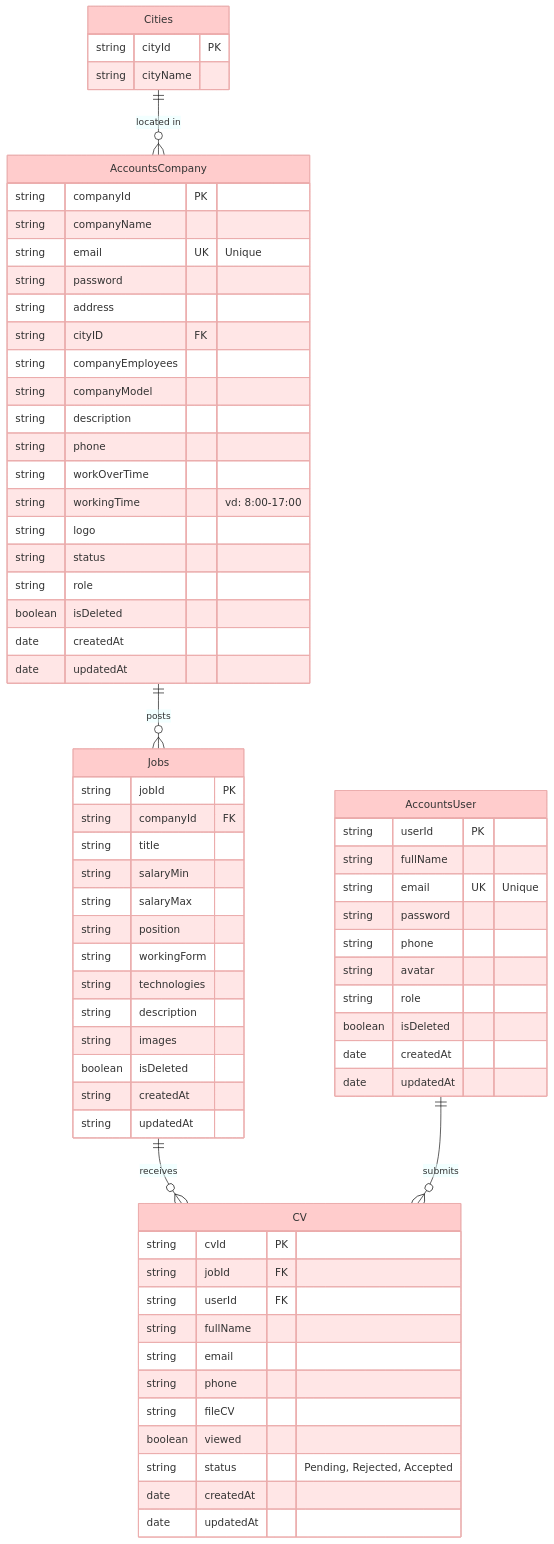
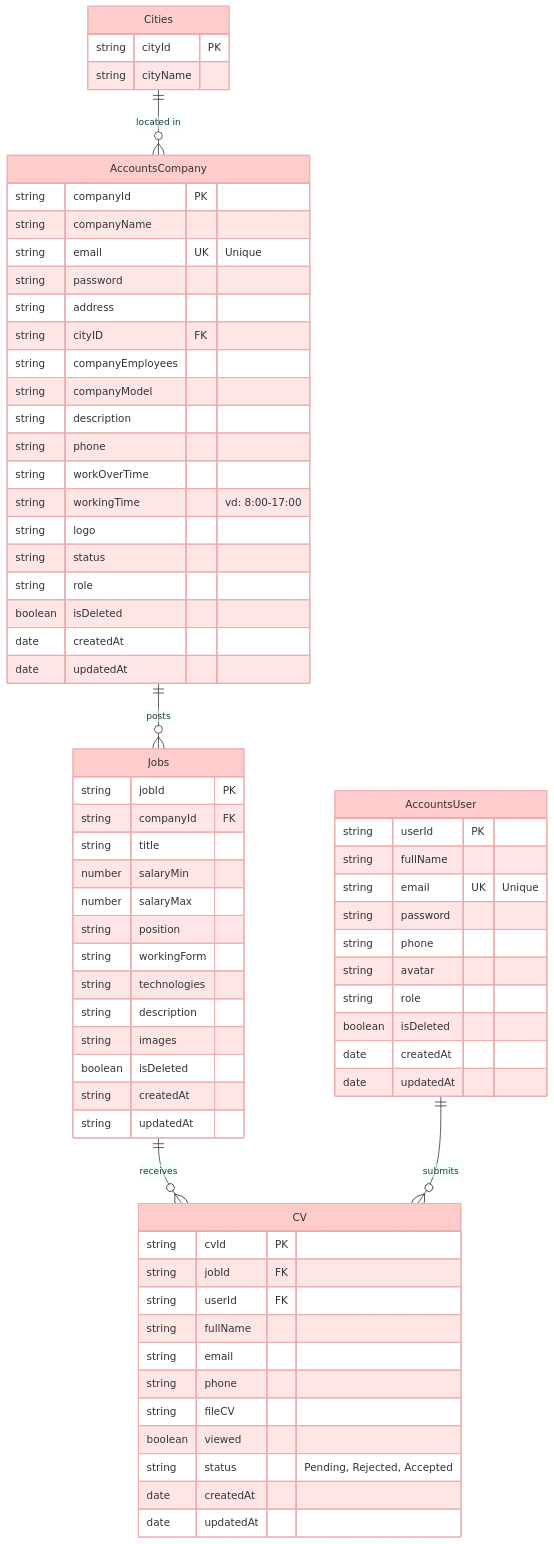
One commit to ngokwuan/TechJob_BE changed the diagram in docs/db-des/erd.md. Above: the diagram before and after it, drawn with Mermaid. The commit also changed 6 other files, not shown here.

````diff
--- a/docs/db-des/erd.md
+++ b/docs/db-des/erd.md
@@ -1,77 +1,77 @@
 ```mermaid
 %%{init: {'theme':'base', 'themeVariables': { 'primaryColor':'#ffcccc'}, 'er': {'layoutDirection': 'LR'}}}%%
 erDiagram
     Cities ||--o{ AccountsCompany : "located in"
     AccountsCompany ||--o{ Jobs : "posts"
     Jobs ||--o{ CV : "receives"
 AccountsUser ||--o{ CV : "submits"
     AccountsCompany {
        string companyId PK
        string companyName
        string email UK "Unique"
        string password
        string address
        string cityID FK
        string companyEmployees
        string companyModel
        string description
        string phone
        string workOverTime
        string workingTime "vd: 8:00-17:00"
        string logo
        string status
        string role
         boolean isDeleted
         date createdAt
         date updatedAt
     }
 
     AccountsUser {
        string userId PK
        string fullName
        string email UK "Unique"
        string password
        string phone
        string avatar
        string role
         boolean isDeleted
         date createdAt
         date updatedAt
     }
 
     Cities {
        string cityId PK
        string cityName
     }
 
     Jobs {
        string jobId PK
        string companyId FK
        string title
-       string salaryMin
-       string salaryMax
+       number salaryMin
+       number salaryMax
        string position
        string workingForm
        string technologies
        string description
        string images
       boolean isDeleted
        string createdAt
        string updatedAt
     }
 
     CV {
        string cvId PK
        string jobId FK
        string userId FK
        string fullName
        string email
        string phone
        string fileCV
       boolean viewed
        string status "Pending, Rejected, Accepted"
          date createdAt
          date updatedAt
     }
 
 ```
````
